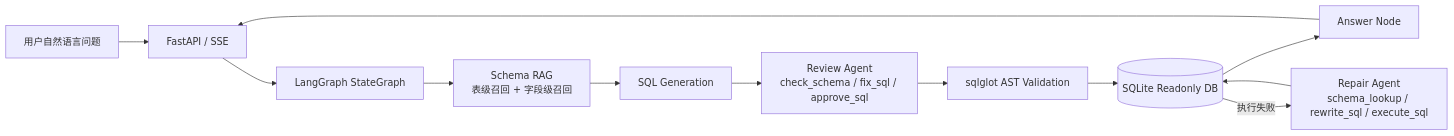
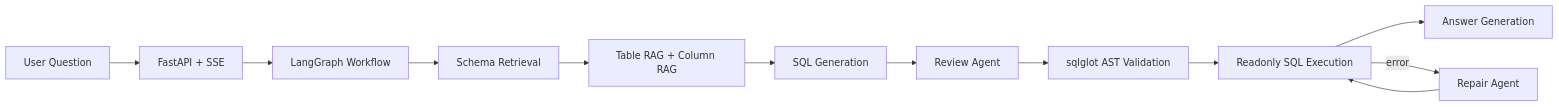
One commit to hr-huang/Text2SQL changed the first of 2 diagrams in README.md. Above: the diagram before and after it, drawn with Mermaid. The commit also changed other lines of this file and 2 other files, not shown here.

````diff
--- a/README.md
+++ b/README.md
@@ -23,14 +60,14 @@
 ```mermaid
 flowchart LR
-    U[用户自然语言问题] --> API[FastAPI / SSE]
-    API --> G[LangGraph StateGraph]
-    G --> RAG[Schema RAG<br/>表级召回 + 字段级召回]
-    RAG --> GEN[SQL Generation]
-    GEN --> REVIEW[Review Agent<br/>check_schema / fix_sql / approve_sql]
-    REVIEW --> VALIDATE[sqlglot AST Validation]
-    VALIDATE --> DB[(SQLite Readonly DB)]
-    DB --> ANSWER[Answer Node]
-    DB -- 执行失败 --> REPAIR[Repair Agent<br/>schema_lookup / rewrite_sql / execute_sql]
-    REPAIR --> DB
-    ANSWER --> API
+    User[User Question] --> API[FastAPI + SSE]
+    API --> Graph[LangGraph Workflow]
+    Graph --> Schema[Schema Retrieval]
+    Schema --> RAG[Table RAG + Column RAG]
+    RAG --> Gen[SQL Generation]
+    Gen --> Review[Review Agent]
+    Review --> Validate[sqlglot AST Validation]
+    Validate --> Execute[Readonly SQL Execution]
+    Execute --> Answer[Answer Generation]
+    Execute -- error --> Repair[Repair Agent]
+    Repair --> Execute
 ```
````
